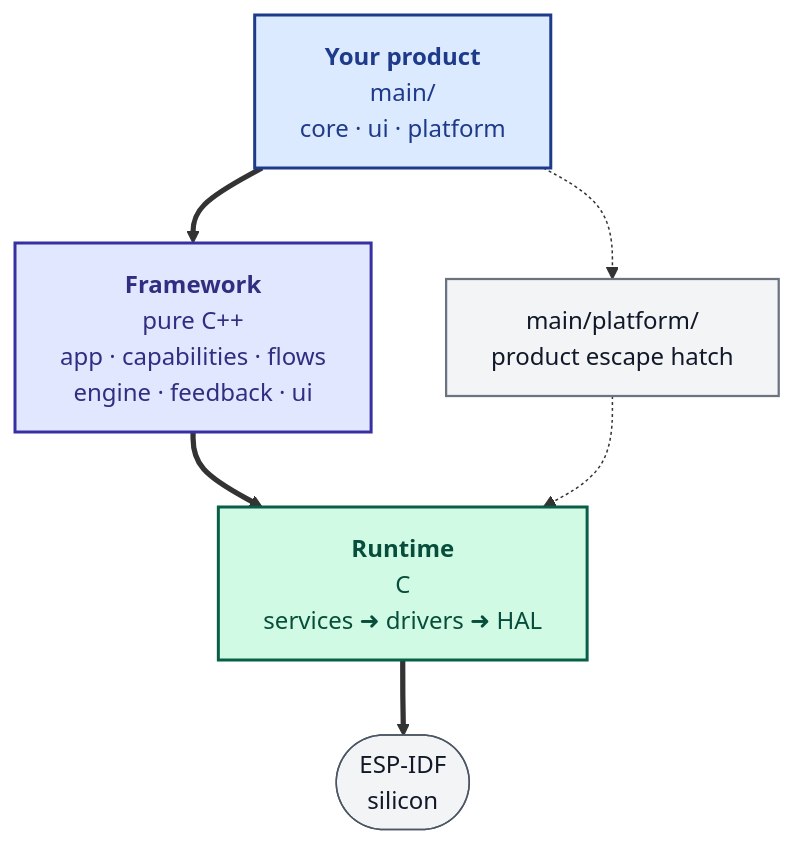
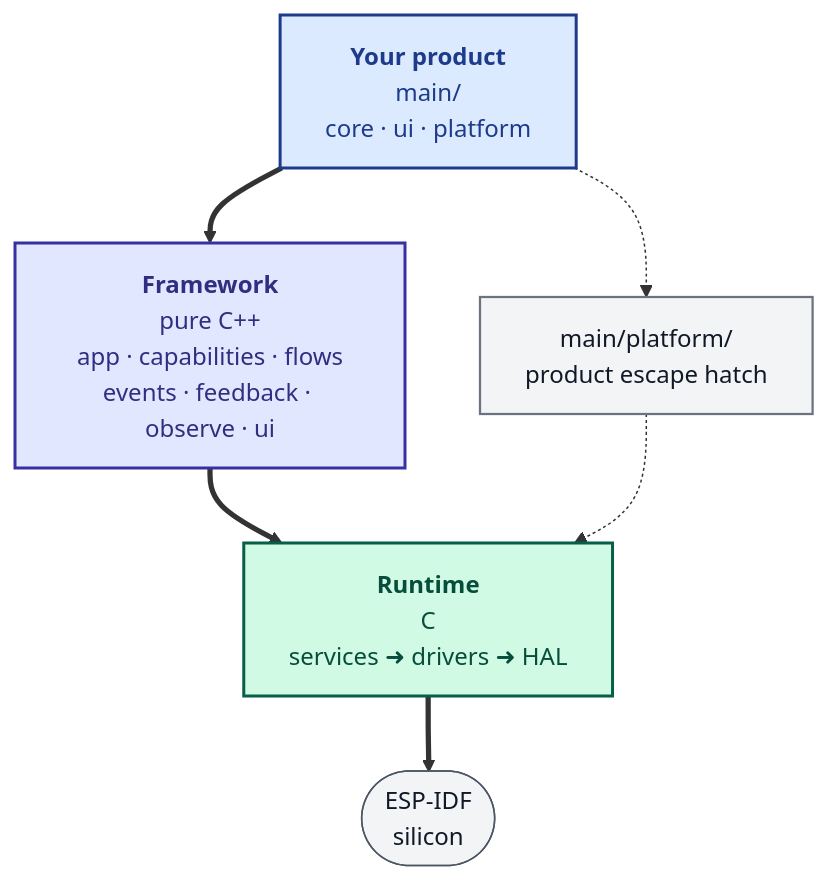
The diagram in README.md (oguzkaganozt/blusys), drawn with Mermaid before and after one commit. The commit also changed other lines of this file, not shown here.

````diff
--- a/README.md
+++ b/README.md
@@ -61,24 +61,24 @@
 ```mermaid
 flowchart TB
     prod["<b>Your product</b><br/>main/<br/>core · ui · platform"]
-    fw["<b>Framework</b><br/>pure C++<br/>app · capabilities · flows<br/>engine · feedback · ui"]
+    fw["<b>Framework</b><br/>pure C++<br/>app · capabilities · flows<br/>events · feedback · observe · ui"]
     hatch["main/platform/<br/>product escape hatch"]
     rt["<b>Runtime</b><br/>C<br/>services ➜ drivers ➜ HAL"]
     idf([ESP-IDF<br/>silicon])
 
     prod ==> fw ==> rt ==> idf
     prod -.-> hatch
     hatch -.-> rt
 
     classDef a fill:#dbeafe,stroke:#1e3a8a,stroke-width:2px,color:#1e3a8a
     classDef b fill:#e0e7ff,stroke:#3730a3,stroke-width:2px,color:#312e81
     classDef c fill:#d1fae5,stroke:#065f46,stroke-width:2px,color:#064e3b
     classDef d fill:#f3f4f6,stroke:#4b5563,color:#111827
     classDef note fill:#f3f4f6,stroke:#6b7280,stroke-width:1.5px,color:#111827
 
     class prod a
     class fw b
     class hatch note
     class rt c
     class idf d
 ```
````
